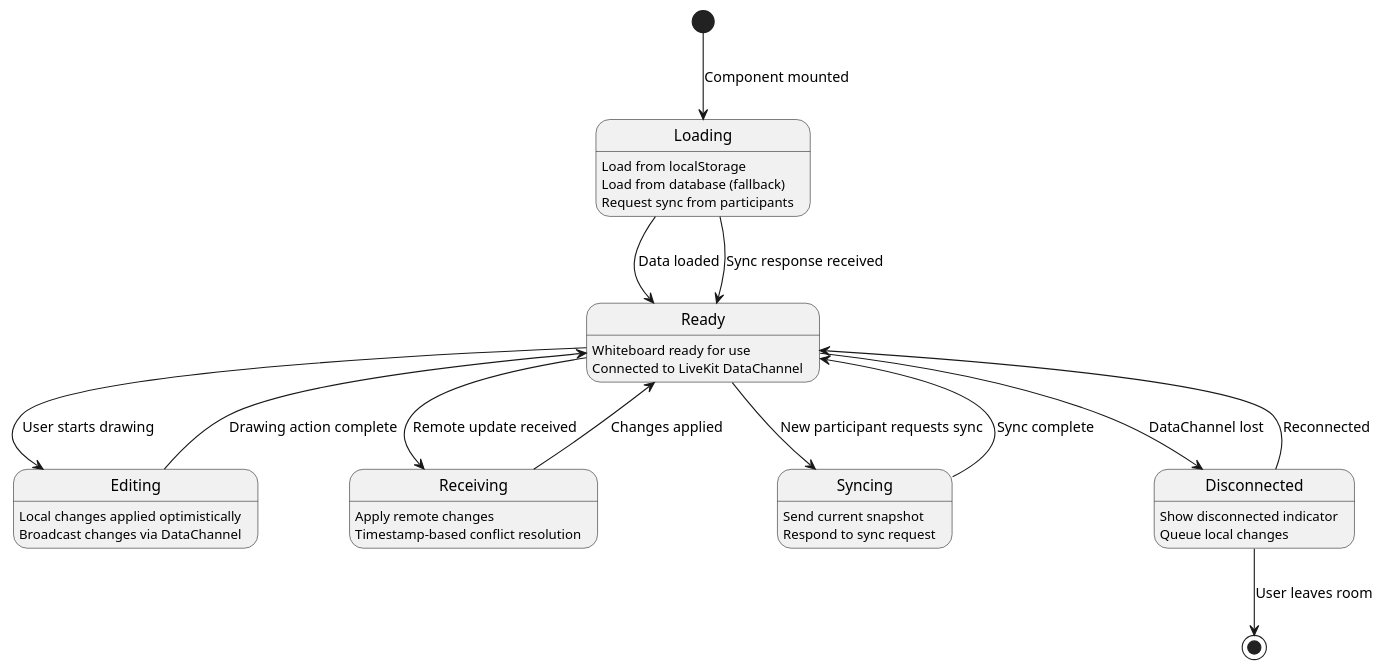
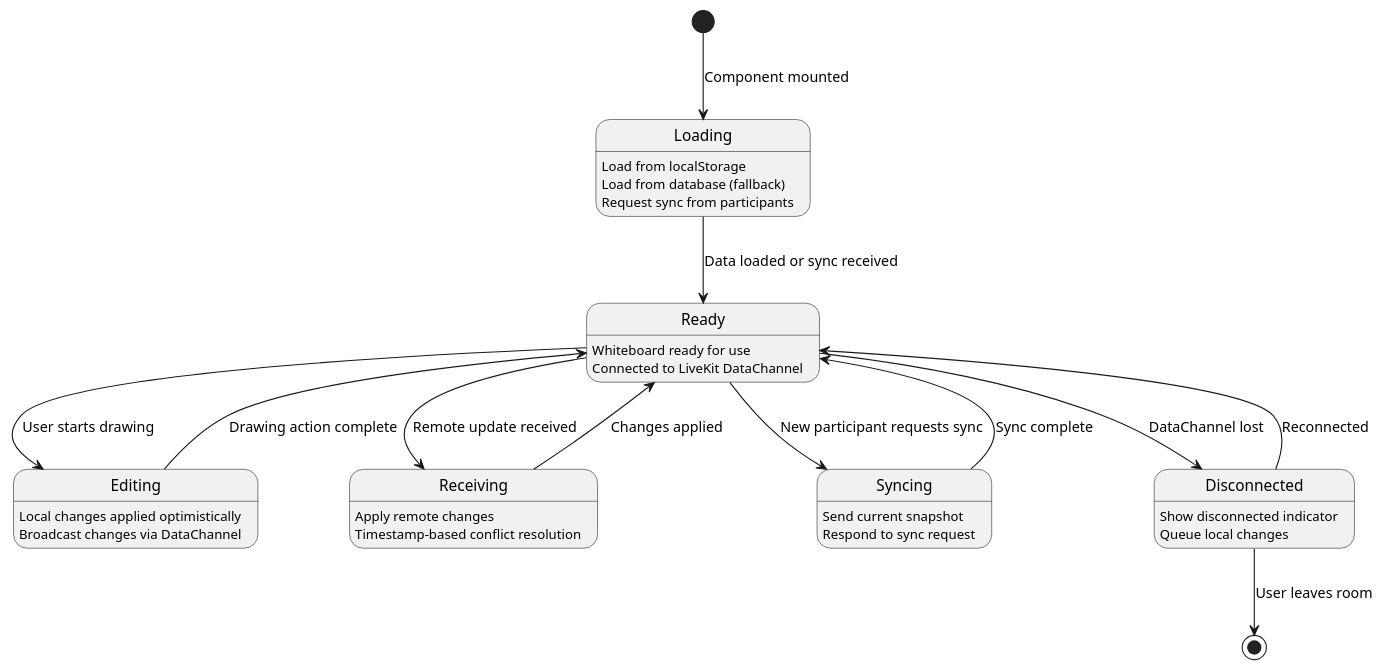
One commit to pho-veteran/stoom changed diagram 16 of 19 in reports.md. Above: the diagram before and after it, drawn with PlantUML. The commit also changed other lines of this file and 1 other file, not shown here.

````diff
--- a/reports.md
+++ b/reports.md
@@ -1217,47 +1070,46 @@
 ```plantuml
 @startuml
 skinparam monochrome true
 skinparam shadowing false
 hide empty description
 
 [*] --> Loading : Component mounted
 
 Loading : Load from localStorage
 Loading : Load from database (fallback)
 Loading : Request sync from participants
 
-Loading --> Ready : Data loaded
-Loading --> Ready : Sync response received
+Loading --> Ready : Data loaded or sync received
 
 Ready : Whiteboard ready for use
 Ready : Connected to LiveKit DataChannel
 
 Ready --> Editing : User starts drawing
 Ready --> Receiving : Remote update received
 Ready --> Syncing : New participant requests sync
 
 Editing : Local changes applied optimistically
 Editing : Broadcast changes via DataChannel
 
 Editing --> Ready : Drawing action complete
 
 Receiving : Apply remote changes
 Receiving : Timestamp-based conflict resolution
 
 Receiving --> Ready : Changes applied
 
 Syncing : Send current snapshot
 Syncing : Respond to sync request
 
 Syncing --> Ready : Sync complete
 
 Ready --> Disconnected : DataChannel lost
 
 Disconnected : Show disconnected indicator
 Disconnected : Queue local changes
 
 Disconnected --> Ready : Reconnected
 Disconnected --> [*] : User leaves room
 
 @enduml
 ```
````
